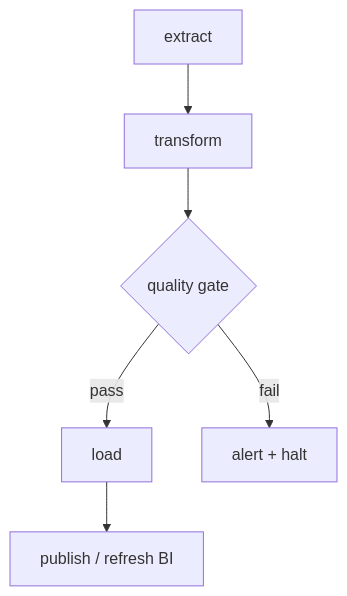
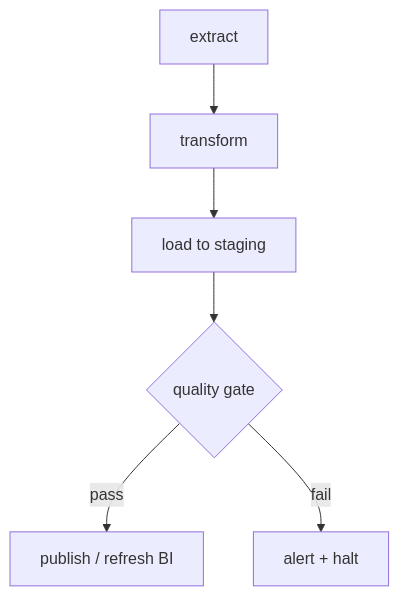
Before and after one commit to dataslope/dataslope: the diagram in content/interview/data-engineer/orchestration-and-reliability.mdx, drawn with Mermaid. The commit also changed other lines of this file and 612 other files, not shown here.

````diff
--- a/content/interview/data-engineer/orchestration-and-reliability.mdx
+++ b/content/interview/data-engineer/orchestration-and-reliability.mdx
@@ -27,8 +27,8 @@
 ```mermaid
 flowchart TD
   E[extract] --> T[transform]
-  T --> Q{quality gate}
-  Q -- pass --> L[load]
-  Q -- fail --> A[alert + halt]
-  L --> P[publish / refresh BI]
+  T --> L["load to staging"]
+  L --> Q{quality gate}
+  Q -- pass --> P["publish / refresh BI"]
+  Q -- fail --> A["alert + halt"]
 ```
````
